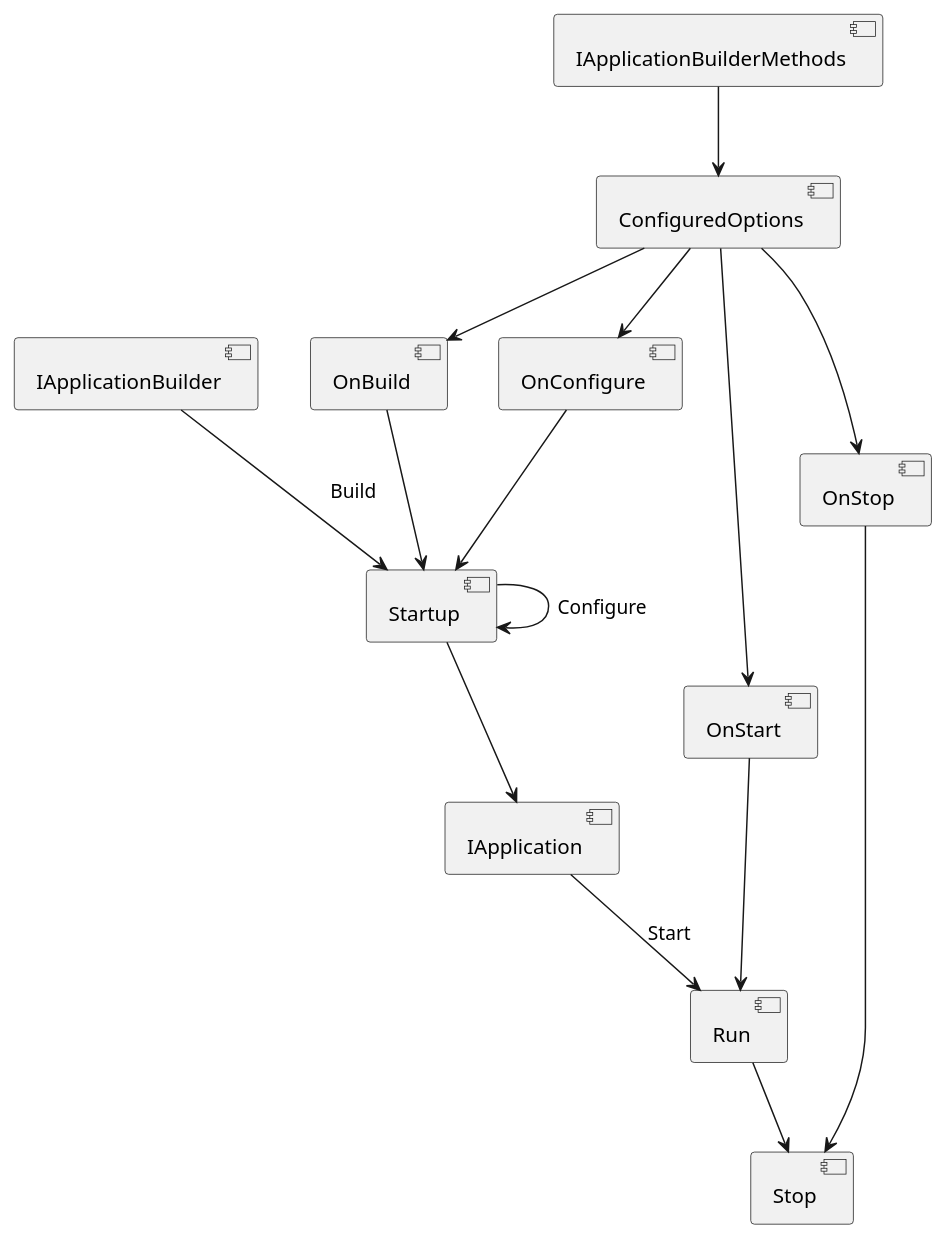
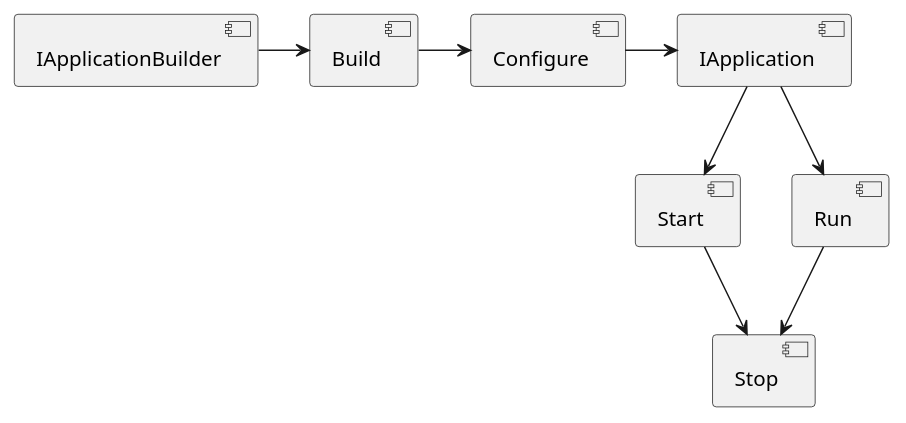
Before and after one commit to Beffyman/NetCore.Standalone: the diagram in Diagram.plantuml, drawn with PlantUML. The commit also changed 25 other files, not shown here.

```diff
--- a/Diagram.plantuml
+++ b/Diagram.plantuml
@@ -1,35 +1,17 @@
 @startuml
 [IApplicationBuilder]
-[IApplicationBuilderMethods]
-[ConfiguredOptions]
-[OnBuild]
-[OnConfigure]
-[OnStart]
-[OnStop]
-[Startup]
+[Build]
+[Configure]
 [IApplication]
+[Start]
 [Run]
 [Stop]
 
-
-
-[IApplicationBuilderMethods] --> [ConfiguredOptions]
-[ConfiguredOptions] --> [OnBuild]
-[ConfiguredOptions] --> [OnConfigure]
-[ConfiguredOptions] --> [OnStart]
-[ConfiguredOptions] --> [OnStop]
-
-[IApplicationBuilder] --> [Startup] : Build
-[OnBuild] --> [Startup]
-
-[Startup] --> [Startup] : Configure
-[OnConfigure] --> [Startup]
-
-[Startup] --> [IApplication]
-
-[OnStart] --> [Run]
-[IApplication] --> [Run] : Start
-
+[IApplicationBuilder] -> [Build]
+[Build] -> [Configure]
+[Configure] -> [IApplication]
+[IApplication] -> [Start]
+[IApplication] --> [Run]
 [Run] --> [Stop]
-[OnStop] --> [Stop]
+[Start] -> [Stop]
 @enduml
```
